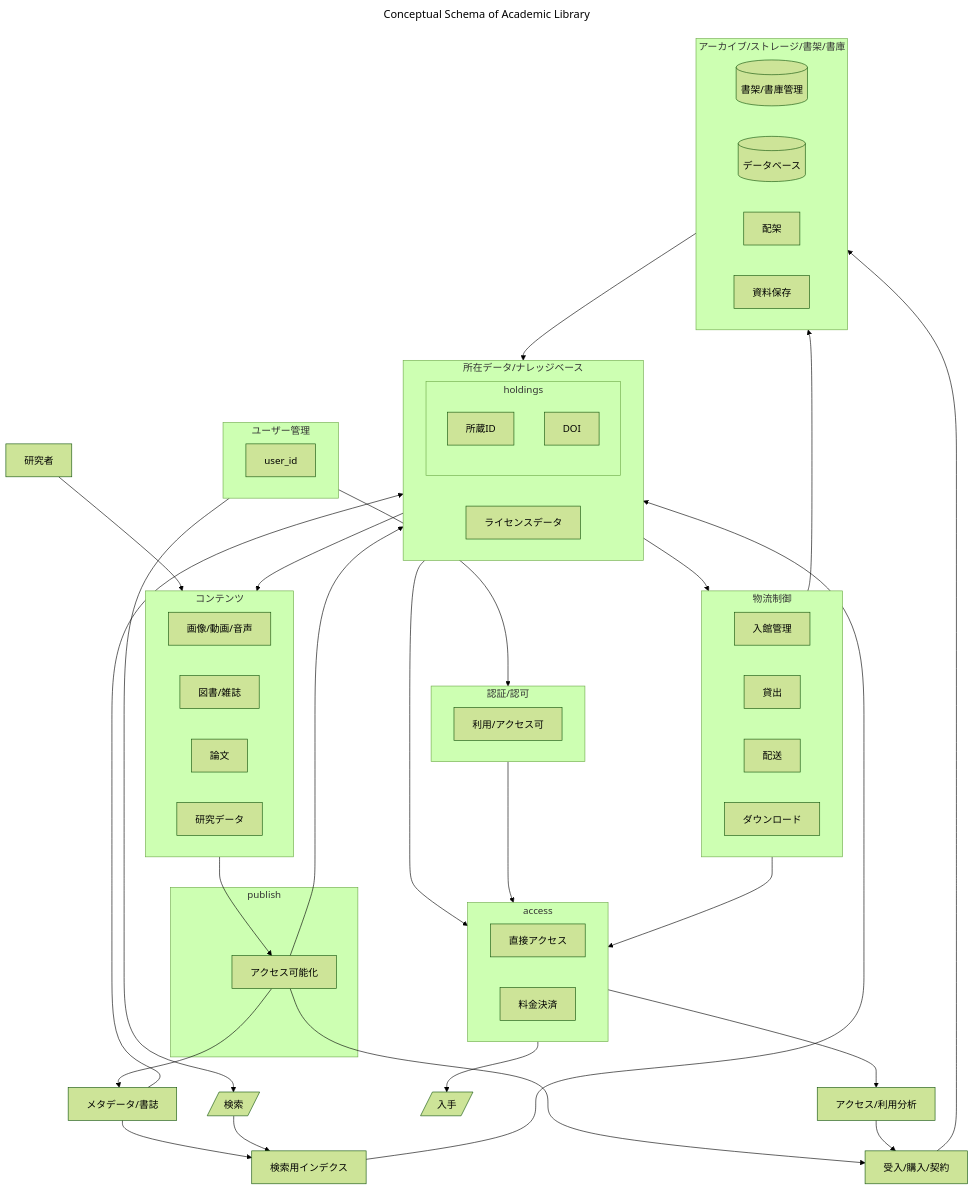
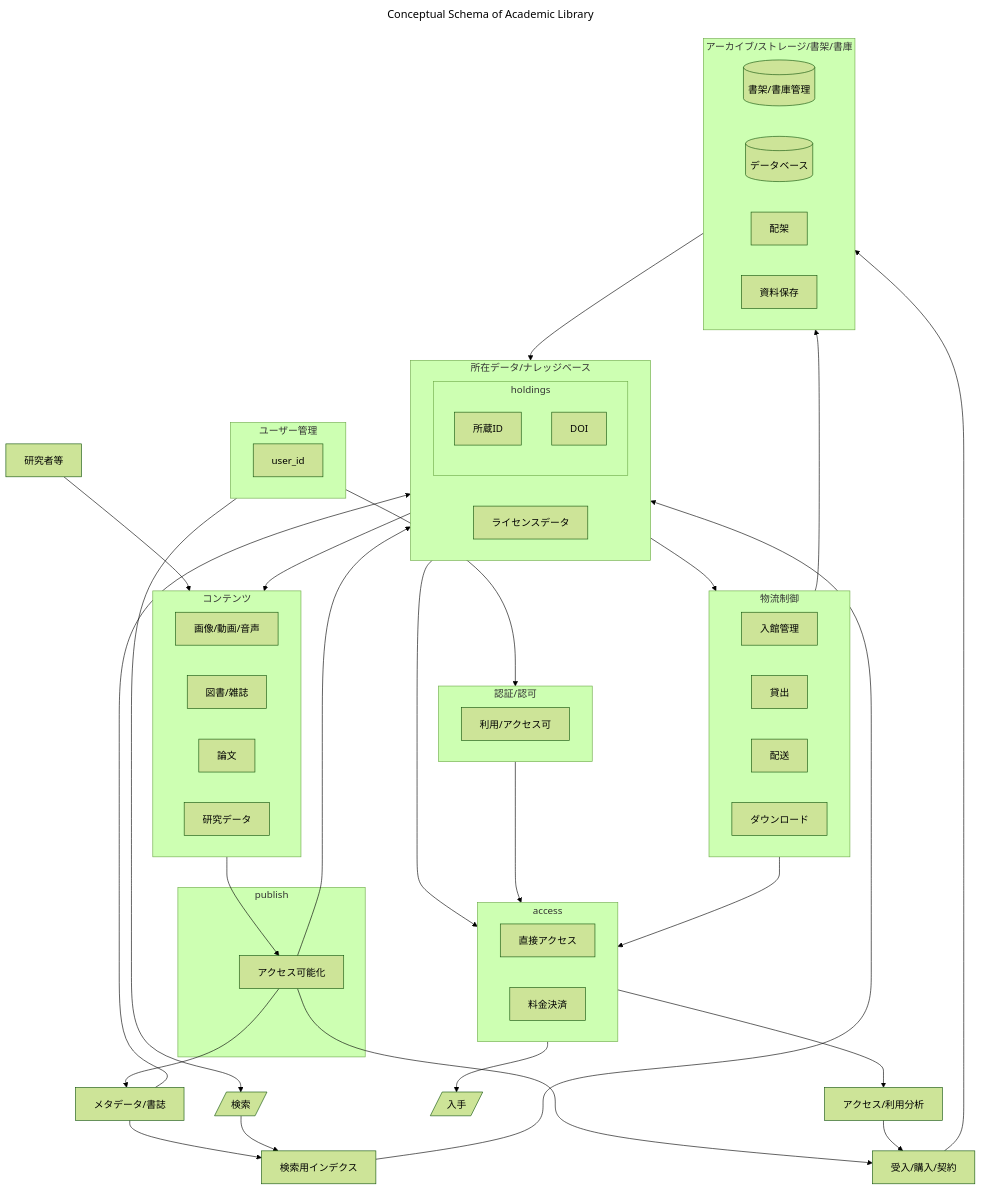
One commit to wonox/libraryschema changed the diagram in README.md. Above: the diagram before and after it, drawn with Mermaid (forest theme). The commit also changed other lines of this file, not shown here.

````diff
--- a/README.md
+++ b/README.md
@@ -6,73 +6,73 @@
 ```mermaid
 ---
 title: Conceptual Schema of Academic Library
 ---
 flowchart TB
 
 licence["ライセンスデータ"]
 fullfilment["受入/購入/契約"]
 metadata["メタデータ/書誌"]
 
-研究者 --> contents
+研究者等 --> contents
 contents --> accessible
 accessible --> metadata
 accessible --> kb
 accessible --> fullfilment
 archive --> kb
 fullfilment --> archive
 kb --> contents
 kb --> logistics
 kb --> access
 access --> analyze["アクセス/利用分析"]
 analyze --> fullfilment
 access --> get[/入手/]
 authenticate --> access
 logistics --> access
 logistics --> archive
 metadata --> 検索用インデクス
 metadata --> kb
 検索用インデクス --> kb
 user --> search[/検索/]
 user --> authenticate
 search --> 検索用インデクス
 
 subgraph contents["コンテンツ"]
     画像/動画/音声
     図書/雑誌
     論文
     研究データ
 end
 subgraph publish
    accessible[アクセス可能化]
 end
 subgraph kb["所在データ/ナレッジベース"]
    subgraph holdings
      所蔵ID
      DOI
    end
    licence
 end
 subgraph user["ユーザー管理"]
    user_id
 end
 subgraph logistics["物流制御"]
    入館管理
    貸出
    配送
    ダウンロード
 end 
 subgraph authenticate["認証/認可"]
    利用/アクセス可
 end
 subgraph access
     直接アクセス
     料金決済
 end 
 subgraph archive["アーカイブ/ストレージ/書架/書庫"]
    stack[(書架/書庫管理)]
    database[(データベース)]
    配架
    資料保存
 end  
 
 ```
````
